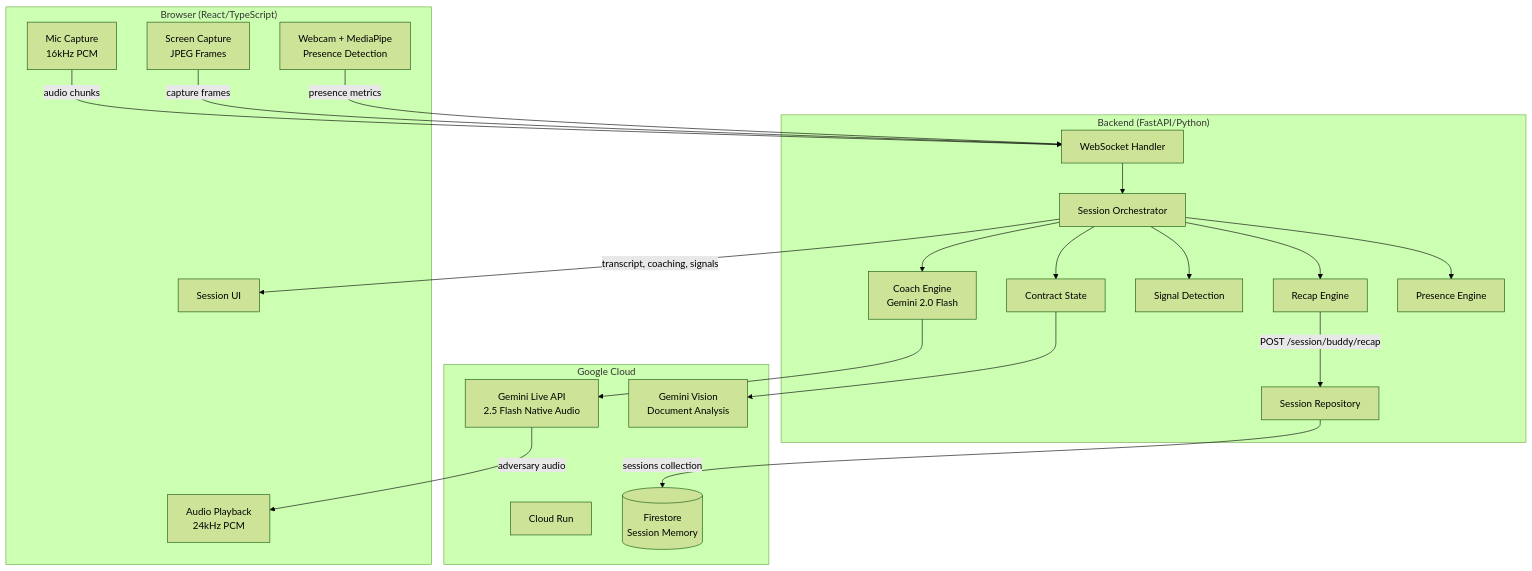
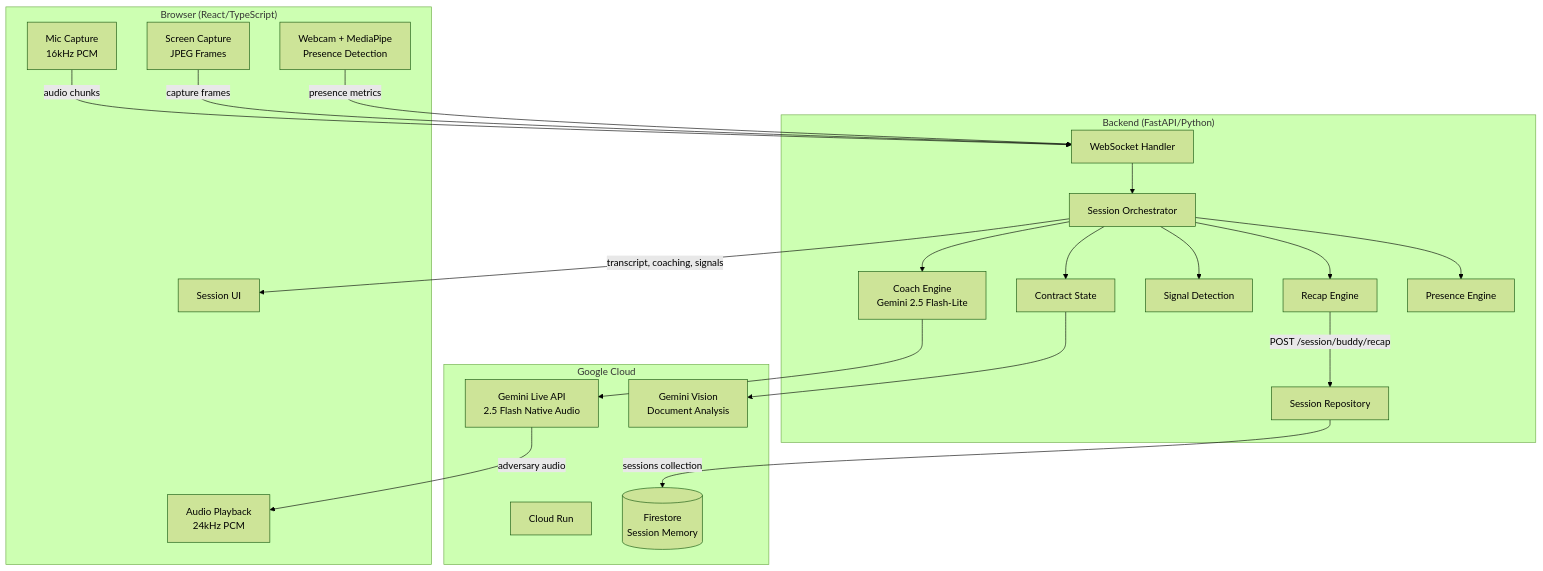
The first of 8 diagrams in AGENTS.md (mmoussaif/devpost-google), drawn with Mermaid (forest theme) before and after one commit. The commit also changed other lines of this file and 19 other files, not shown here.

First line of the commit message:
feat: polish session flow, scoring, and real-time coaching for demo

````diff
--- a/AGENTS.md
+++ b/AGENTS.md
@@ -17,44 +17,44 @@
 ```mermaid
 flowchart TB
     subgraph Browser["Browser (React/TypeScript)"]
         UI[Session UI]
         Audio[Mic Capture<br/>16kHz PCM]
         Playback[Audio Playback<br/>24kHz PCM]
         Screen[Screen Capture<br/>JPEG Frames]
         Camera[Webcam + MediaPipe<br/>Presence Detection]
     end
 
     subgraph Backend["Backend (FastAPI/Python)"]
         WS[WebSocket Handler]
         Orchestrator[Session Orchestrator]
-        Coach[Coach Engine<br/>Gemini 2.0 Flash]
+        Coach[Coach Engine<br/>Gemini 2.5 Flash-Lite]
         Contract[Contract State]
         Signals[Signal Detection]
         Recap[Recap Engine]
         Presence[Presence Engine]
         Repo[Session Repository]
     end
 
     subgraph Google["Google Cloud"]
         Run[Cloud Run]
         Live[Gemini Live API<br/>2.5 Flash Native Audio]
         Vision[Gemini Vision<br/>Document Analysis]
         Firestore[(Firestore<br/>Session Memory)]
     end
 
     Audio -->|audio chunks| WS
     Screen -->|capture frames| WS
     Camera -->|presence metrics| WS
     WS --> Orchestrator
     Orchestrator --> Coach
     Orchestrator --> Contract
     Orchestrator --> Signals
     Orchestrator --> Presence
     Coach --> Live
     Contract --> Vision
     Orchestrator -->|transcript, coaching, signals| UI
     Live -->|adversary audio| Playback
     Orchestrator --> Recap
     Recap -->|POST /session/buddy/recap| Repo
     Repo -->|sessions collection| Firestore
 ```
````
